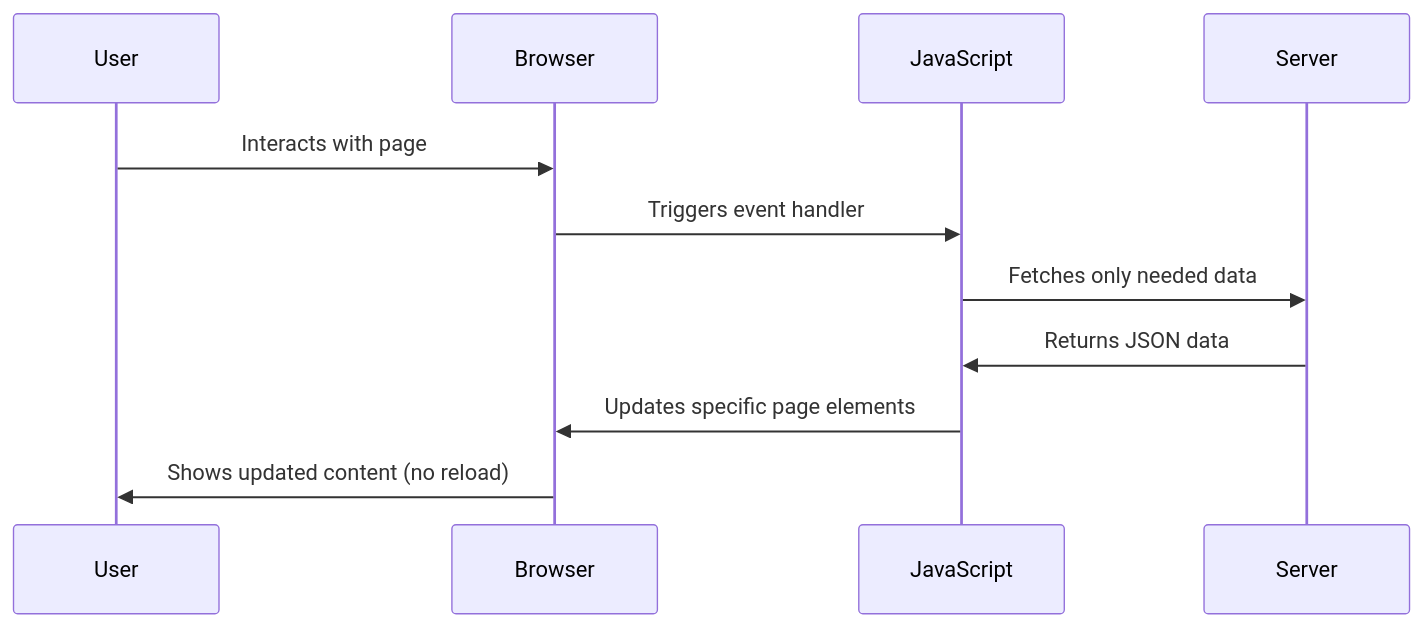
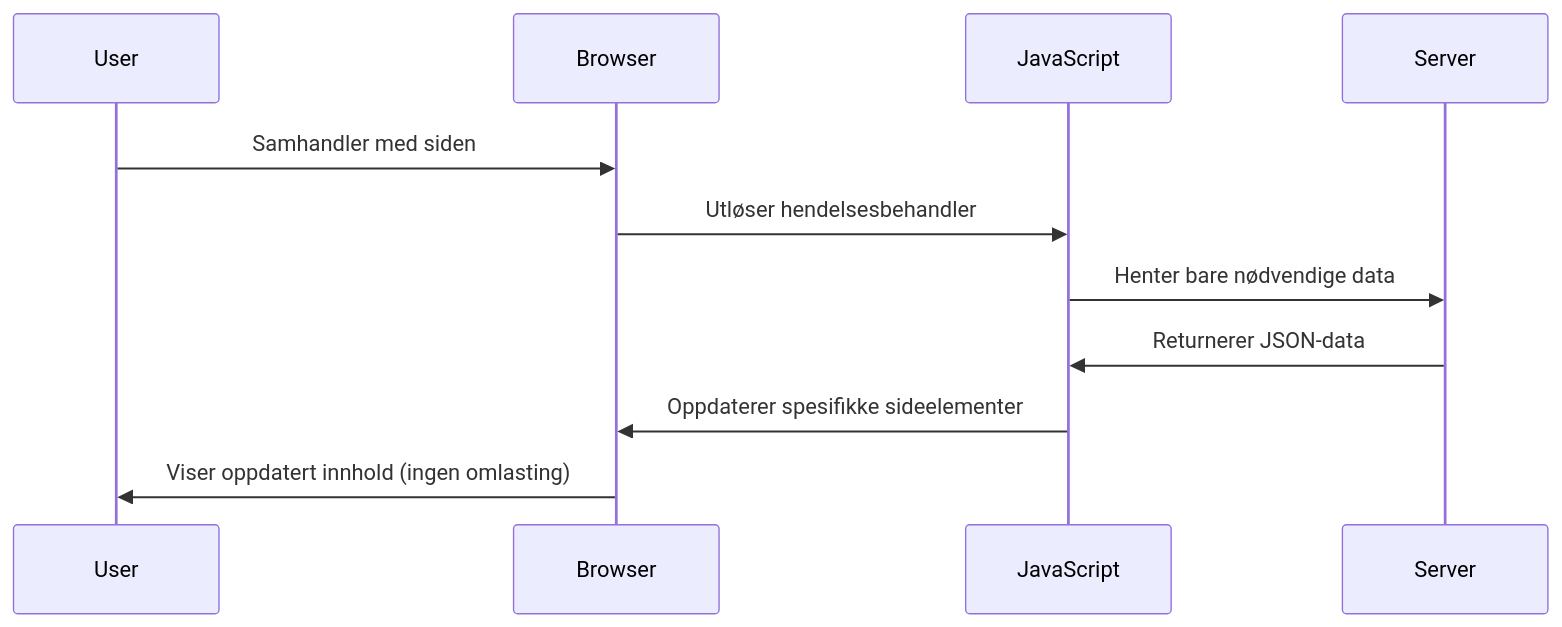
Before and after one commit to microsoft/Web-Dev-For-Beginners: the fifth of 11 diagrams in translations/no/7-bank-project/3-data/README.md, drawn with Mermaid. The commit also changed other lines of this file and 99 other files, not shown here.

````diff
--- a/translations/no/7-bank-project/3-data/README.md
+++ b/translations/no/7-bank-project/3-data/README.md
@@ -77,14 +171,14 @@
 ```mermaid
 sequenceDiagram
     participant User
     participant Browser
     participant JavaScript
     participant Server
     
-    User->>Browser: Interacts with page
-    Browser->>JavaScript: Triggers event handler
-    JavaScript->>Server: Fetches only needed data
-    Server->>JavaScript: Returns JSON data
-    JavaScript->>Browser: Updates specific page elements
-    Browser->>User: Shows updated content (no reload)
-```
+    User->>Browser: Samhandler med siden
+    Browser->>JavaScript: Utløser hendelsesbehandler
+    JavaScript->>Server: Henter bare nødvendige data
+    Server->>JavaScript: Returnerer JSON-data
+    JavaScript->>Browser: Oppdaterer spesifikke sideelementer
+    Browser->>User: Viser oppdatert innhold (ingen omlasting)
+```  
````
